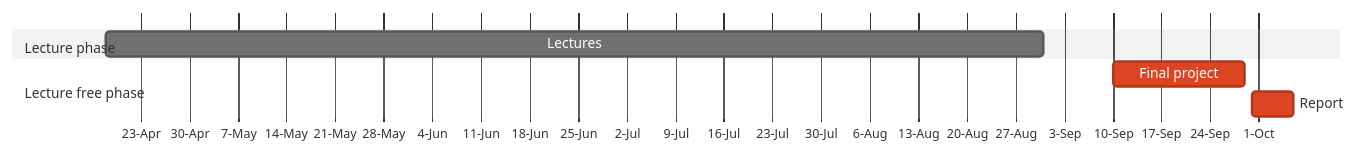
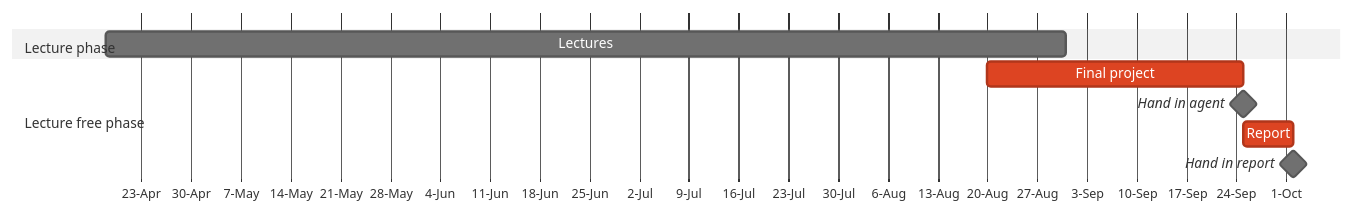
One commit to idf-io/ML-Essentials_Uni-Heidelberg changed the diagram in README.md. Above: the diagram before and after it, drawn with Mermaid (neutral theme). The commit also changed 3 other files, not shown here.

````diff
--- a/README.md
+++ b/README.md
@@ -10,13 +10,15 @@
 ```mermaid
 gantt
 dateFormat DD-MM-YYYY
 tickInterval 1week
 axisFormat %e-%b
 
 section Lecture phase
 Lectures: 18-04-2023, 31-08-2023
 
 section Lecture free phase
-Final project: crit, 10-09-2023, 29-09-2023
-Report: crit, 30-09-2023, 06-10-2023
+Final project: crit, 20-08-2023, 25-09-2023
+Hand in agent: milestone, 25-09-2023
+Report: crit, 25-09-2023, 02-10-2023
+Hand in report: milestone, 02-10-2023
 ```
````
